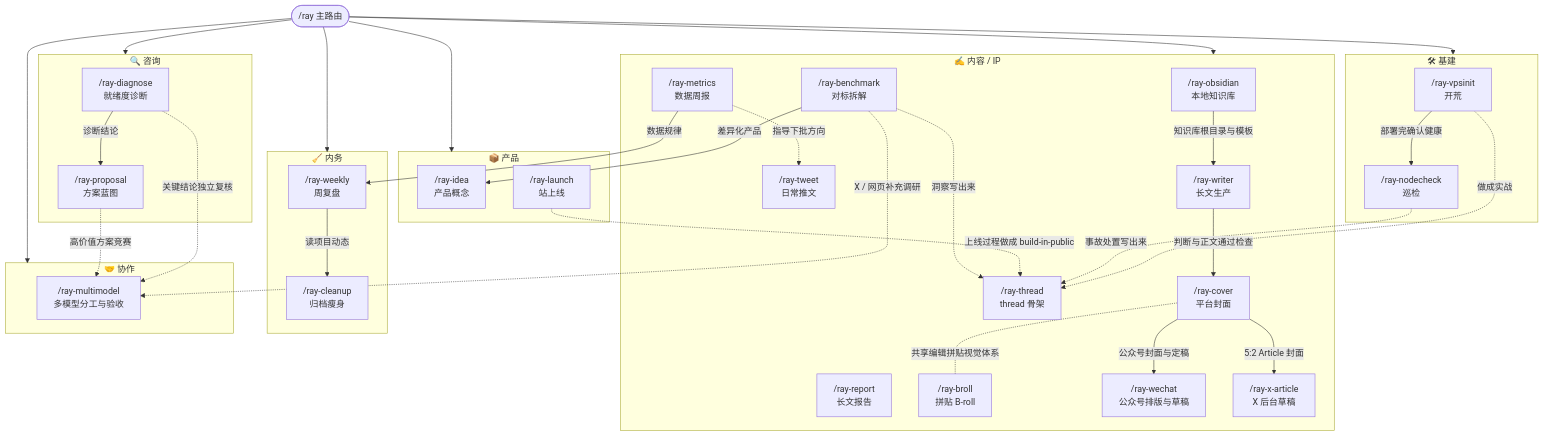
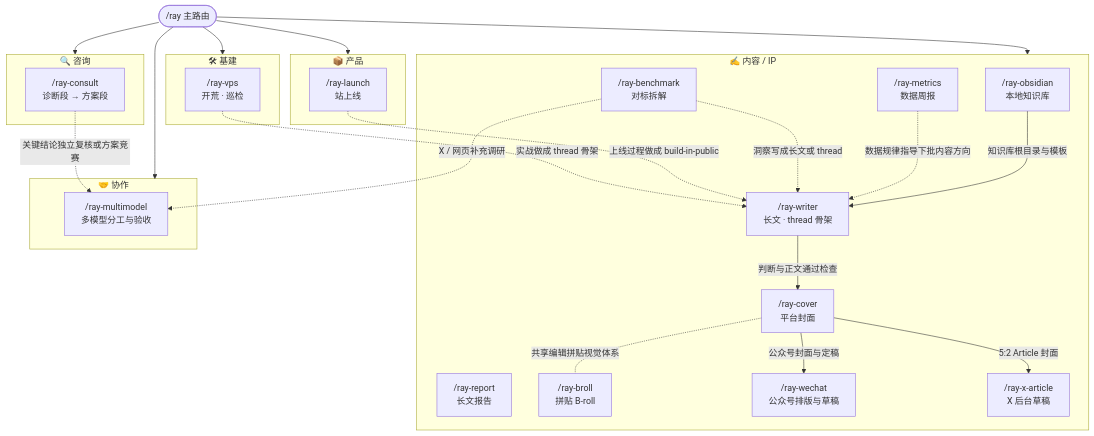
One commit to imraywang/rayskills changed the diagram in docs/skill-link-map.md. Above: the diagram before and after it, drawn with Mermaid. The commit also changed other lines of this file and 41 other files, not shown here.

````diff
--- a/docs/skill-link-map.md
+++ b/docs/skill-link-map.md
@@ -5,61 +5,44 @@
 ```mermaid
 flowchart TD
     RAY(["/ray 主路由"])
 
     subgraph INFRA["🛠 基建"]
-        VPSINIT["/ray-vpsinit\n开荒"]
-        NODECHECK["/ray-nodecheck\n巡检"]
+        VPS["/ray-vps\n开荒 · 巡检"]
     end
     subgraph CONTENT["✍️ 内容 / IP"]
         OBSIDIAN["/ray-obsidian\n本地知识库"]
-        THREAD["/ray-thread\nthread 骨架"]
-        TWEET["/ray-tweet\n日常推文"]
         METRICS["/ray-metrics\n数据周报"]
         BENCH["/ray-benchmark\n对标拆解"]
         REPORT["/ray-report\n长文报告"]
-        WRITER["/ray-writer\n长文生产"]
+        WRITER["/ray-writer\n长文 · thread 骨架"]
         COVER["/ray-cover\n平台封面"]
         BROLL["/ray-broll\n拼贴 B-roll"]
         WECHAT["/ray-wechat\n公众号排版与草稿"]
         XARTICLE["/ray-x-article\nX 后台草稿"]
     end
     subgraph CONSULT["🔍 咨询"]
-        DIAG["/ray-diagnose\n就绪度诊断"]
-        PROP["/ray-proposal\n方案蓝图"]
+        CONSULTSKILL["/ray-consult\n诊断段 → 方案段"]
     end
     subgraph PRODUCT["📦 产品"]
-        ANVIL["/ray-idea\n产品概念"]
         LAUNCH["/ray-launch\n站上线"]
     end
-    subgraph OPS["🧹 内务"]
-        WEEKLY["/ray-weekly\n周复盘"]
-        CLEANUP["/ray-cleanup\n归档瘦身"]
-    end
-
     subgraph COLLAB["🤝 协作"]
         MULTI["/ray-multimodel\n多模型分工与验收"]
     end
 
-    RAY --> INFRA & CONTENT & CONSULT & PRODUCT & OPS & COLLAB
+    RAY --> INFRA & CONTENT & CONSULT & PRODUCT & COLLAB
 
     %% 常见衔接
-    DIAG -->|诊断结论| PROP
-    VPSINIT -->|部署完确认健康| NODECHECK
-    VPSINIT -.->|做成实战| THREAD
-    NODECHECK -.->|事故处置写出来| THREAD
-    LAUNCH -.->|上线过程做成 build-in-public| THREAD
-    BENCH -->|差异化产品| ANVIL
-    BENCH -.->|洞察写出来| THREAD
-    METRICS -->|数据规律| WEEKLY
-    METRICS -.->|指导下批方向| TWEET
-    WEEKLY -->|读项目动态| CLEANUP
+    VPS -.->|实战做成 thread 骨架| WRITER
+    LAUNCH -.->|上线过程做成 build-in-public| WRITER
+    BENCH -.->|洞察写成长文或 thread| WRITER
+    METRICS -.->|数据规律指导下批内容方向| WRITER
     OBSIDIAN -->|知识库根目录与模板| WRITER
     WRITER -->|判断与正文通过检查| COVER
     COVER -->|公众号封面与定稿| WECHAT
     COVER -->|5:2 Article 封面| XARTICLE
     COVER -.-|共享编辑拼贴视觉体系| BROLL
 
     BENCH -.->|X / 网页补充调研| MULTI
-    DIAG -.->|关键结论独立复核| MULTI
-    PROP -.->|高价值方案竞赛| MULTI
+    CONSULTSKILL -.->|关键结论独立复核或方案竞赛| MULTI
 ```
````
